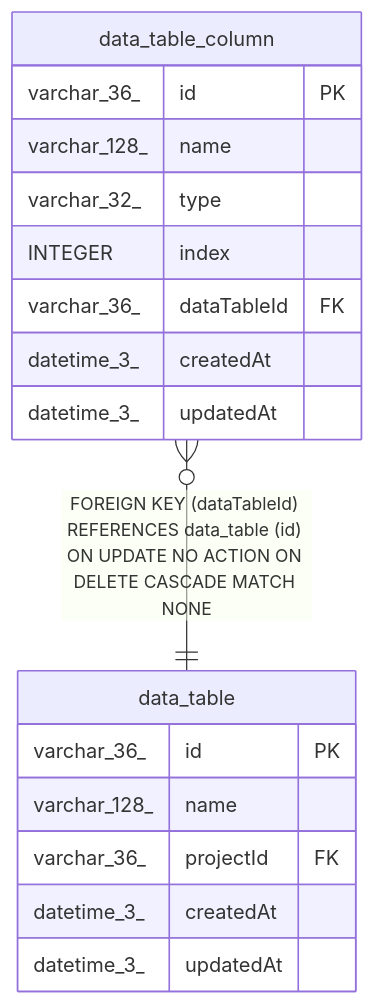
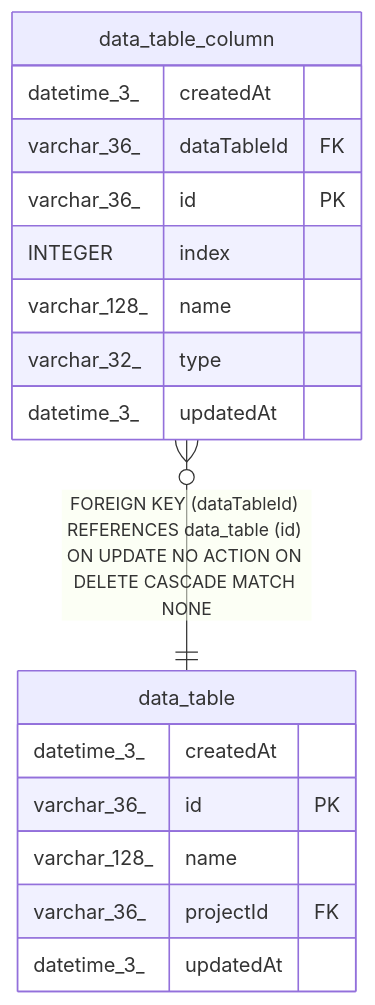
Before and after one commit to mayankjain1815-commits/n8n: the diagram in docs/generated/sqlite-schema/data_table_column.md, drawn with Mermaid. The commit also changed other lines of this file and 221 other files, not shown here.

Commit message:
chore(core): Make DB schema docs generation deterministic (#32373)

````diff
--- a/docs/generated/sqlite-schema/data_table_column.md
+++ b/docs/generated/sqlite-schema/data_table_column.md
@@ -44,22 +44,22 @@
 ```mermaid
 erDiagram
 
 "data_table_column" }o--|| "data_table" : "FOREIGN KEY (dataTableId) REFERENCES data_table (id) ON UPDATE NO ACTION ON DELETE CASCADE MATCH NONE"
 
 "data_table_column" {
+  datetime_3_ createdAt
+  varchar_36_ dataTableId FK
   varchar_36_ id PK
+  INTEGER index
   varchar_128_ name
   varchar_32_ type
-  INTEGER index
-  varchar_36_ dataTableId FK
-  datetime_3_ createdAt
   datetime_3_ updatedAt
 }
 "data_table" {
+  datetime_3_ createdAt
   varchar_36_ id PK
   varchar_128_ name
   varchar_36_ projectId FK
-  datetime_3_ createdAt
   datetime_3_ updatedAt
 }
 ```
````
